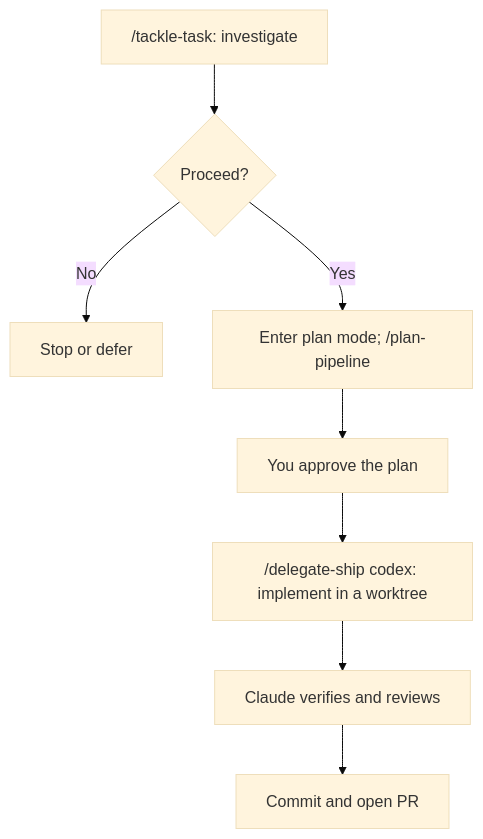
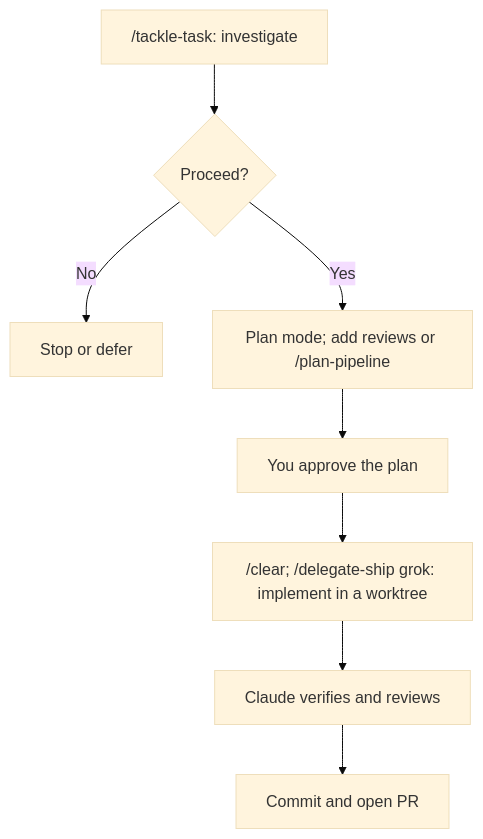
Before and after one commit to gtapps/skills: the diagram in README.md, drawn with Mermaid (base theme). The commit also changed other lines of this file and 2 other files, not shown here.

````diff
--- a/README.md
+++ b/README.md
@@ -79,10 +92,10 @@
 ```mermaid
 flowchart TD
     issue["/tackle-task: investigate"] --> decision{"Proceed?"}
     decision -->|No| stop["Stop or defer"]
-    decision -->|Yes| plan["Enter plan mode; /plan-pipeline"]
+    decision -->|Yes| plan["Plan mode; add reviews or /plan-pipeline"]
     plan --> approval["You approve the plan"]
-    approval --> delegate["/delegate-ship codex: implement in a worktree"]
+    approval --> delegate["/clear; /delegate-ship grok: implement in a worktree"]
     delegate --> review["Claude verifies and reviews"]
     review --> pr["Commit and open PR"]
 ```
````
